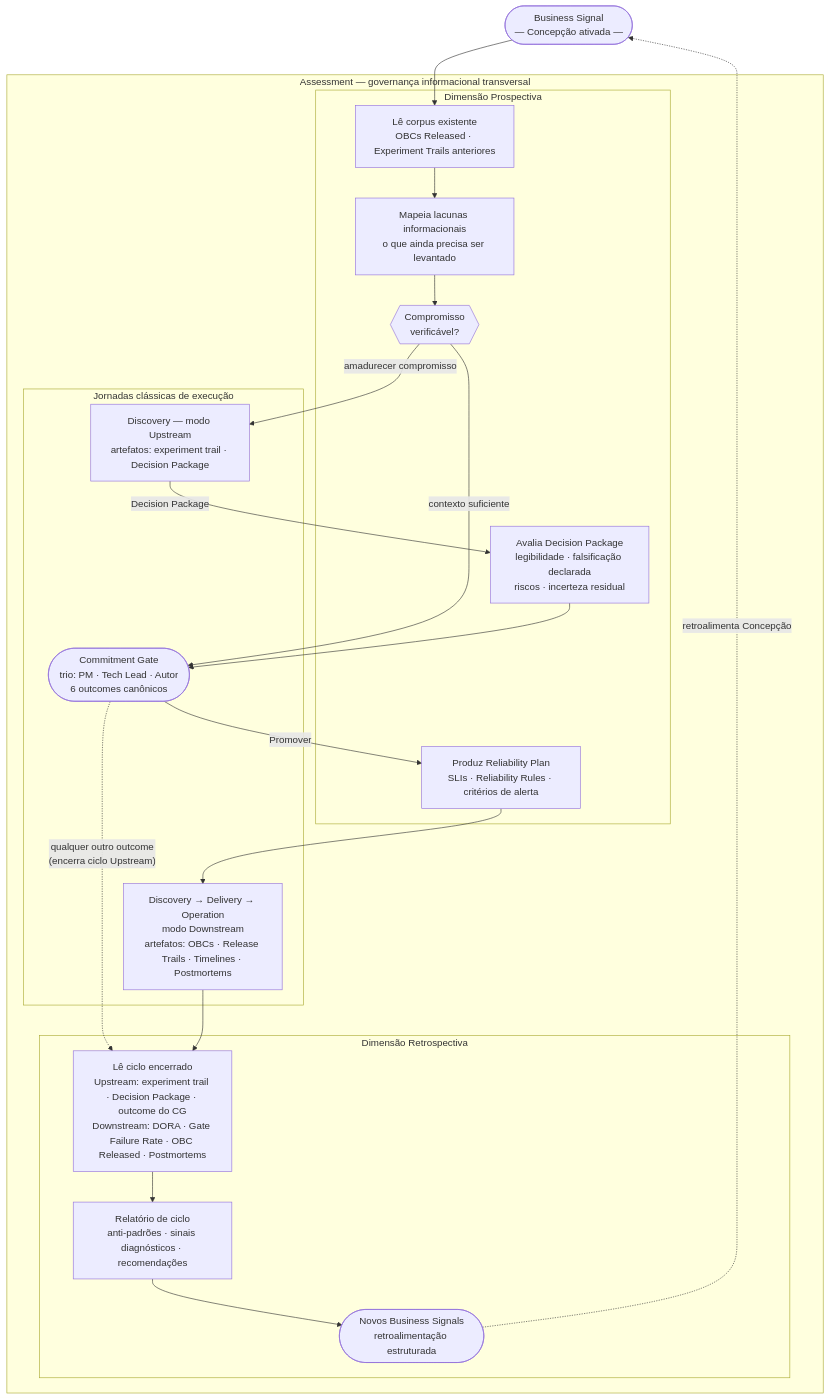
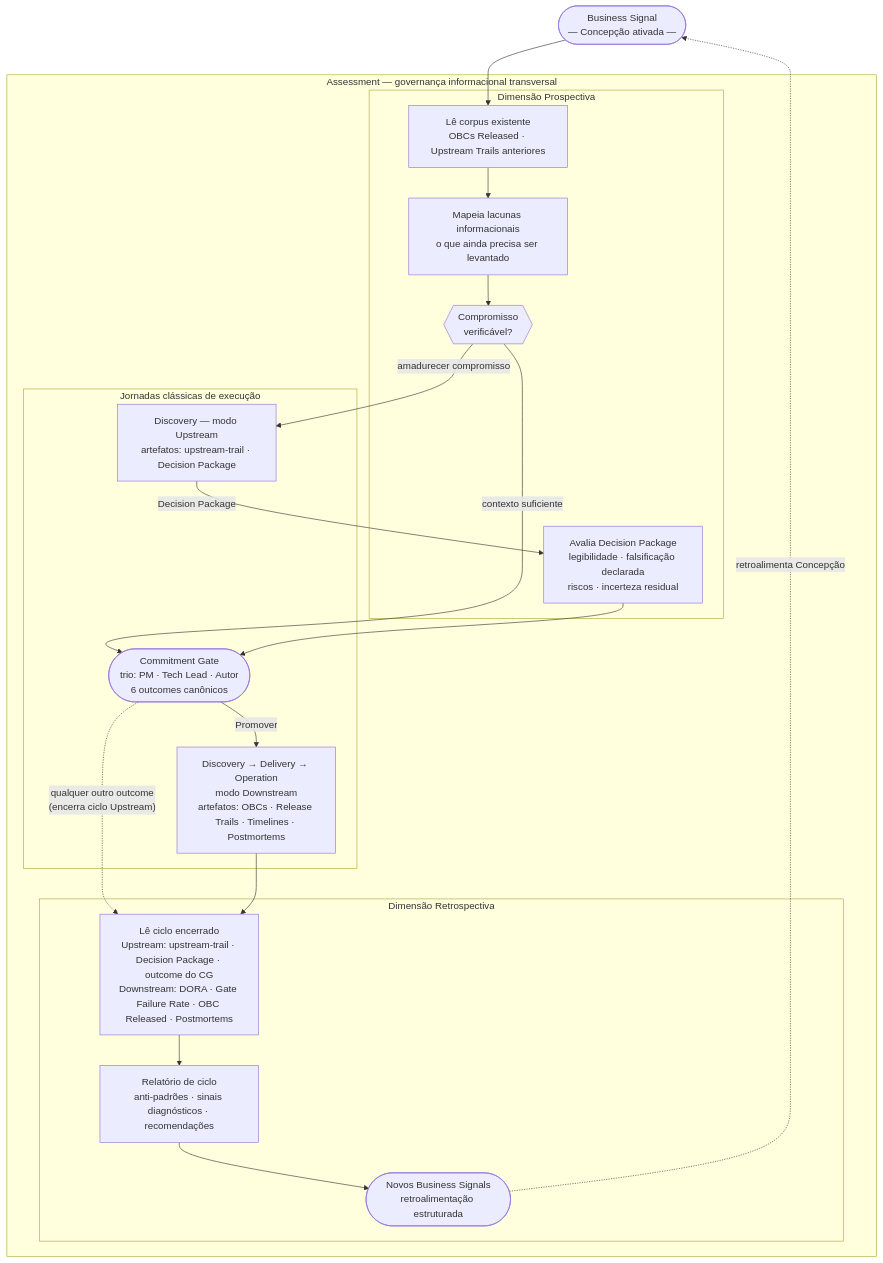
The fourth of 4 diagrams in capitulo-04.md (produtoreativo/from-intent-to-outcome), drawn with Mermaid before and after one commit. The commit also changed other lines of this file and 1 other file, not shown here.

Commit message:
fix(cap04): ciclo 8 bloco 1 — 5 inconsistências resolvidas (issue #13)
Correções diretas (PT+EN):
- "experiment trail" / "Experiment Trails" → "upstream-trail" /
  "Upstream Trails" em todas as ocorrências (texto corrido, tabela e
  três nós de diagrama, incluindo R1 que havia escapado)
- Discovery WIP movido da lista de fontes Downstream para Upstream,
  onde é definido (Cap. 5 e Cap. 8)
- "Product Backlog (fluxo local)" → "PIB — Product Intent Backlog
  (fluxo local)"

Item 7 — OBC Draft do EXP-007 (PT+EN):
- Parágrafo reescrito para explicitar que o OBC Draft de
  payment-composition nasceu com a promoção do Business Signal a
  Business Intent, antes do experimento ser aberto; o EXP-007 operou
  sobre ele, não o criou

Item 9 — Reliability Plan (PT+EN):
- Nó RP removido do subgraph Dimensão Prospectiva no diagrama do Cap. 4
- Conexões CG → RP → DWN substituídas por CG → DWN
- Remove a implicação de que o Reliability Plan é produzido num momento
  fixo entre o Commitment Gate e o Downstream; o texto da linha 100
  já descreve corretamente a flexibilidade de momento de produção

````diff
--- a/capitulo-04.md
+++ b/capitulo-04.md
@@ -188,43 +188,41 @@
 ```mermaid
 graph TD
     BS(["Business Signal\n— Concepção ativada —"])
 
     subgraph ASSESSMENT["Assessment — governança informacional transversal"]
 
         subgraph PROSP["Dimensão Prospectiva"]
-            C1["Lê corpus existente\nOBCs Released · Experiment Trails anteriores"]
+            C1["Lê corpus existente\nOBCs Released · Upstream Trails anteriores"]
             C2["Mapeia lacunas informacionais\no que ainda precisa ser levantado"]
             C3{{"Compromisso\nverificável?"}}
             DPEVAL["Avalia Decision Package\nlegibilidade · falsificação declarada\nriscos · incerteza residual"]
-            RP["Produz Reliability Plan\nSLIs · Reliability Rules · critérios de alerta"]
         end
 
         subgraph EXEC["Jornadas clássicas de execução"]
-            UP["Discovery — modo Upstream\nartefatos: experiment trail · Decision Package"]
+            UP["Discovery — modo Upstream\nartefatos: upstream-trail · Decision Package"]
             CG(["Commitment Gate\ntrio: PM · Tech Lead · Autor\n6 outcomes canônicos"])
             DWN["Discovery → Delivery → Operation\nmodo Downstream\nartefatos: OBCs · Release Trails · Timelines · Postmortems"]
         end
 
         subgraph RETRO["Dimensão Retrospectiva"]
-            R1["Lê ciclo encerrado\nUpstream: experiment trail · Decision Package · outcome do CG\nDownstream: DORA · Gate Failure Rate · OBC Released · Postmortems"]
+            R1["Lê ciclo encerrado\nUpstream: upstream-trail · Decision Package · outcome do CG\nDownstream: DORA · Gate Failure Rate · OBC Released · Postmortems"]
             R2["Relatório de ciclo\nanti-padrões · sinais diagnósticos · recomendações"]
             R3(["Novos Business Signals\nretroalimentação estruturada"])
         end
 
     end
 
     BS --> C1
     C1 --> C2
     C2 --> C3
     C3 -->|"contexto suficiente"| CG
     C3 -->|"amadurecer compromisso"| UP
     UP -->|"Decision Package"| DPEVAL
     DPEVAL --> CG
-    CG -->|"Promover"| RP
-    RP --> DWN
+    CG -->|"Promover"| DWN
     CG -.->|"qualquer outro outcome\n(encerra ciclo Upstream)"| R1
     DWN --> R1
     R1 --> R2
     R2 --> R3
     R3 -.->|"retroalimenta Concepção"| BS
 ```
````
